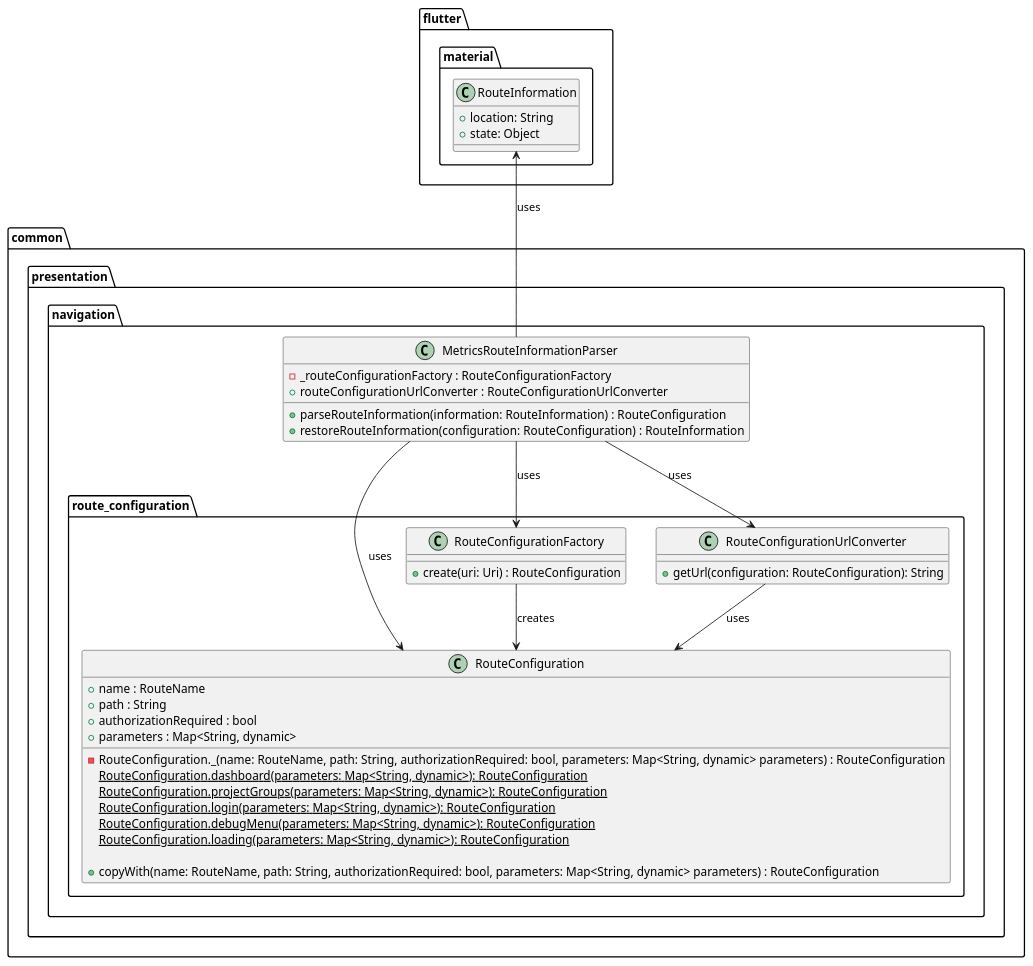
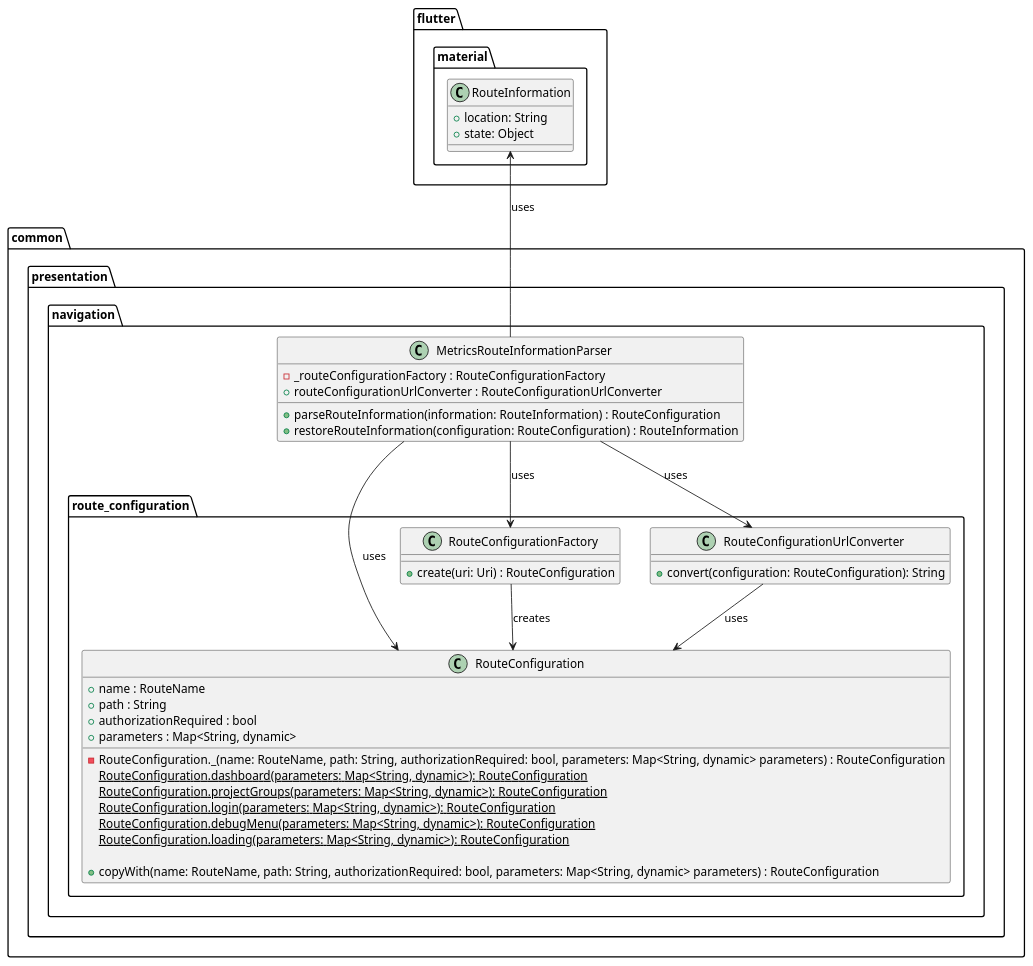
Before and after one commit to Flank/flank-dashboard: the diagram in metrics/web/docs/features/deep_links/diagrams/parsing_deep_links_class_diagram.puml, drawn with PlantUML. The commit also changed 1 other file, not shown here.

```diff
--- a/metrics/web/docs/features/deep_links/diagrams/parsing_deep_links_class_diagram.puml
+++ b/metrics/web/docs/features/deep_links/diagrams/parsing_deep_links_class_diagram.puml
@@ -1,55 +1,55 @@
 @startuml parsing_deep_links_class_diagram
 
 package common.presentation.navigation {
     class MetricsRouteInformationParser {
         - _routeConfigurationFactory : RouteConfigurationFactory
         + routeConfigurationUrlConverter : RouteConfigurationUrlConverter
 
         + parseRouteInformation(information: RouteInformation) : RouteConfiguration
         + restoreRouteInformation(configuration: RouteConfiguration) : RouteInformation
     }
 
     package route_configuration {
         class RouteConfiguration {
             + name : RouteName
             + path : String
             + authorizationRequired : bool
             + parameters : Map<String, dynamic>
 
             - RouteConfiguration._(name: RouteName, path: String, authorizationRequired: bool, parameters: Map<String, dynamic> parameters) : RouteConfiguration
             {static} RouteConfiguration.dashboard(parameters: Map<String, dynamic>): RouteConfiguration
             {static} RouteConfiguration.projectGroups(parameters: Map<String, dynamic>): RouteConfiguration
             {static} RouteConfiguration.login(parameters: Map<String, dynamic>): RouteConfiguration
             {static} RouteConfiguration.debugMenu(parameters: Map<String, dynamic>): RouteConfiguration
             {static} RouteConfiguration.loading(parameters: Map<String, dynamic>): RouteConfiguration
 
             + copyWith(name: RouteName, path: String, authorizationRequired: bool, parameters: Map<String, dynamic> parameters) : RouteConfiguration
         }
 
         class RouteConfigurationFactory {
             + create(uri: Uri) : RouteConfiguration
         }
 
         class RouteConfigurationUrlConverter {
-            + getUrl(configuration: RouteConfiguration): String
+            + convert(configuration: RouteConfiguration): String
         }
     }
 }
 
 package flutter.material {
     class RouteInformation {
         + location: String
         + state: Object
     }
 }
 
 MetricsRouteInformationParser --> RouteConfiguration : uses
 MetricsRouteInformationParser -up-> RouteInformation : uses
 MetricsRouteInformationParser --> RouteConfigurationFactory : uses
 MetricsRouteInformationParser --> RouteConfigurationUrlConverter : uses
 
 RouteConfigurationFactory --> RouteConfiguration : creates
 
 RouteConfigurationUrlConverter --> RouteConfiguration : uses
 
 @enduml
```
